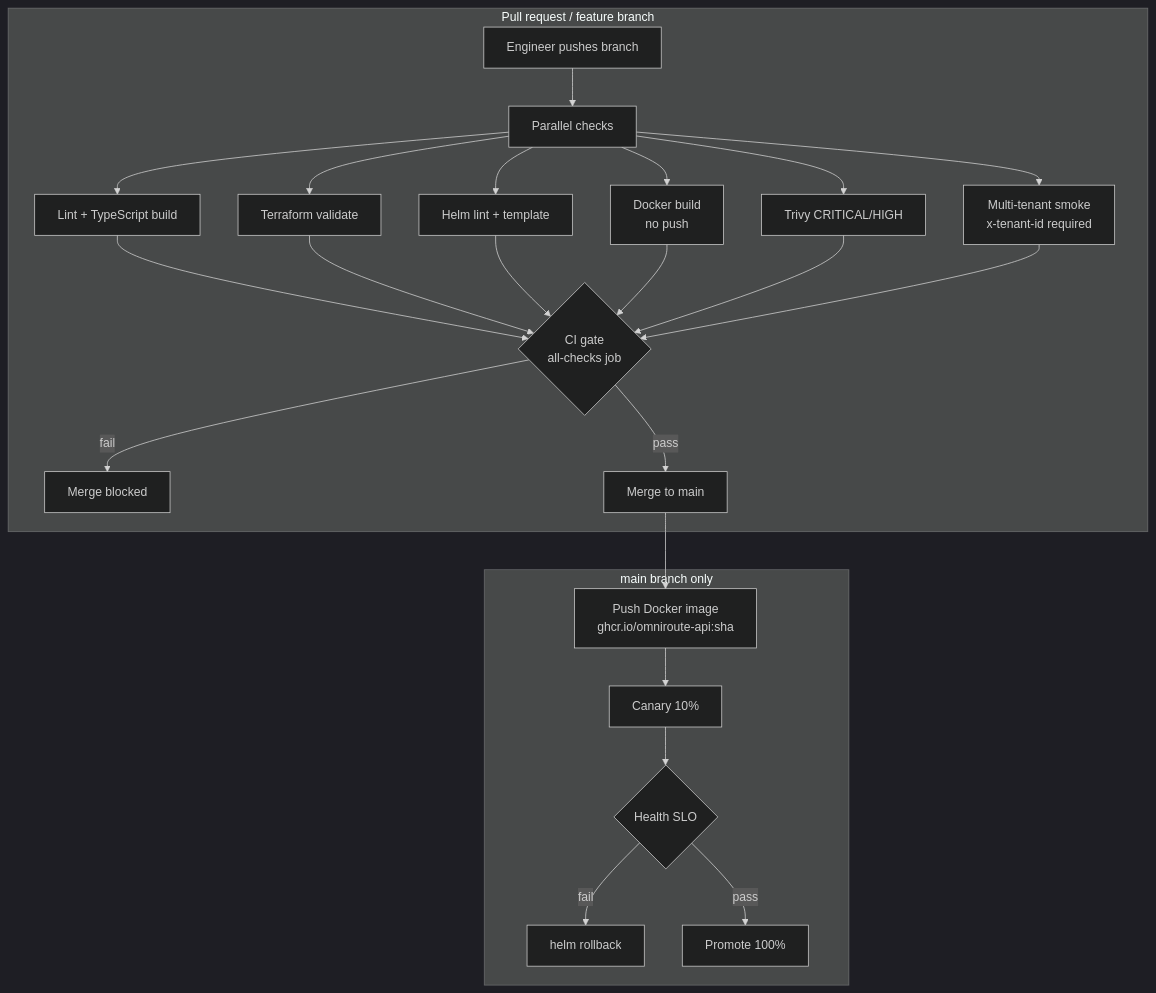
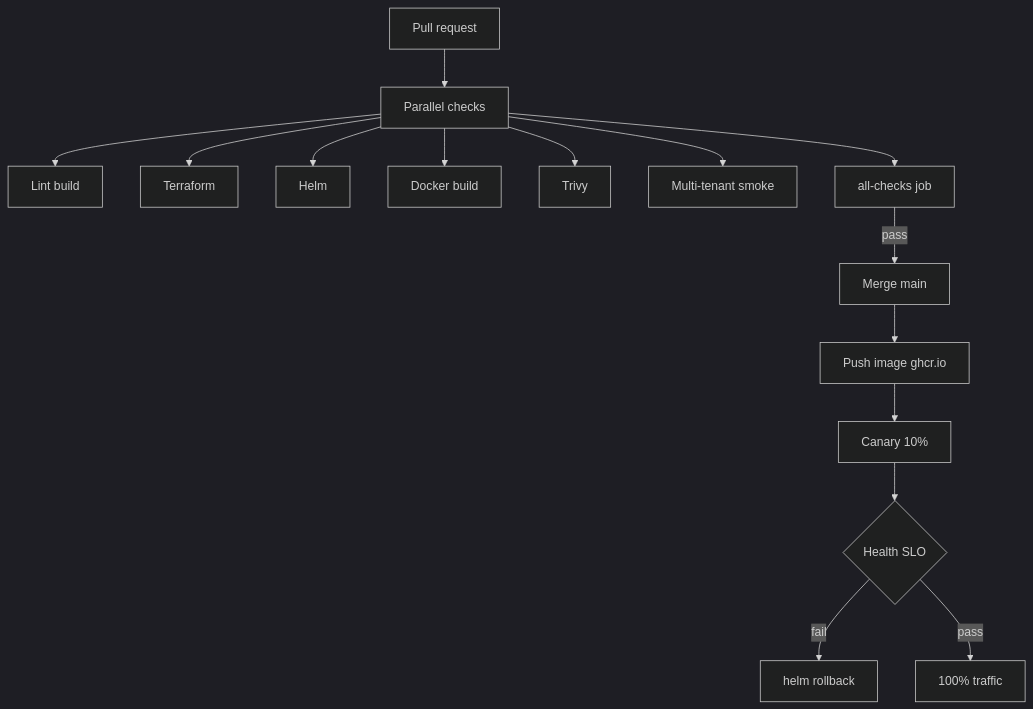
Before and after one commit to bharat2476/Integration: the sixth of 6 diagrams in README.md, drawn with Mermaid (dark theme). The commit also changed other lines of this file, not shown here.

````diff
--- a/README.md
+++ b/README.md
@@ -517,24 +379,17 @@
 ```mermaid
 flowchart TB
-  subgraph pr [Pull request / feature branch]
-    DEV[Engineer pushes branch]
-    DEV --> PAR[Parallel checks]
-    PAR --> L[Lint + TypeScript build]
-    PAR --> TF[Terraform validate]
-    PAR --> H[Helm lint + template]
-    PAR --> D[Docker build\nno push]
-    PAR --> TV[Trivy CRITICAL/HIGH]
-    PAR --> MT[Multi-tenant smoke\nx-tenant-id required]
-    L & TF & H & D & TV & MT --> GATE{CI gate\nall-checks job}
-    GATE -->|fail| BLOCK[Merge blocked]
-    GATE -->|pass| MERGE[Merge to main]
-  end
-
-  subgraph mainflow [main branch only]
-    MERGE --> PUSH[Push Docker image\nghcr.io/omniroute-api:sha]
-    PUSH --> CAN[Canary 10%]
-    CAN --> HG{Health SLO}
-    HG -->|fail| RB[helm rollback]
-    HG -->|pass| FULL[Promote 100%]
-  end
+  PR[Pull request] --> PAR[Parallel checks]
+  PAR --> L[Lint build]
+  PAR --> TF[Terraform]
+  PAR --> H[Helm]
+  PAR --> D[Docker build]
+  PAR --> TV[Trivy]
+  PAR --> MT[Multi-tenant smoke]
+  PAR --> GATE[all-checks job]
+  GATE -->|pass| MAIN[Merge main]
+  MAIN --> PUSH[Push image ghcr.io]
+  PUSH --> CAN[Canary 10%]
+  CAN --> HG{Health SLO}
+  HG -->|fail| RB[helm rollback]
+  HG -->|pass| FULL[100% traffic]
 ```
````
